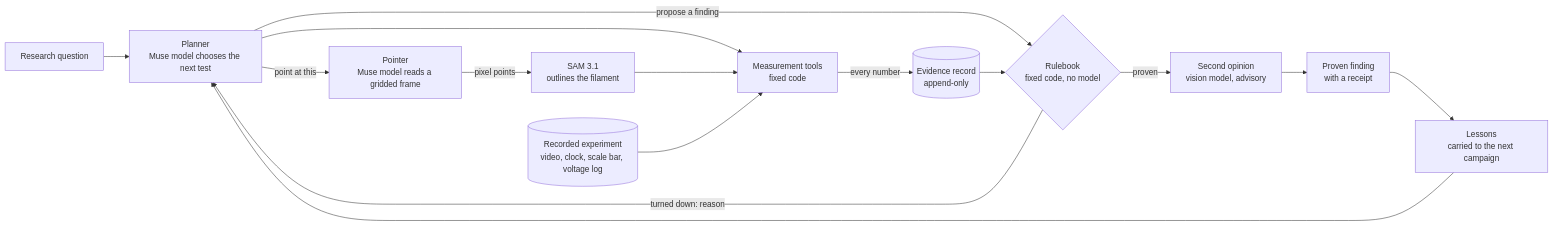
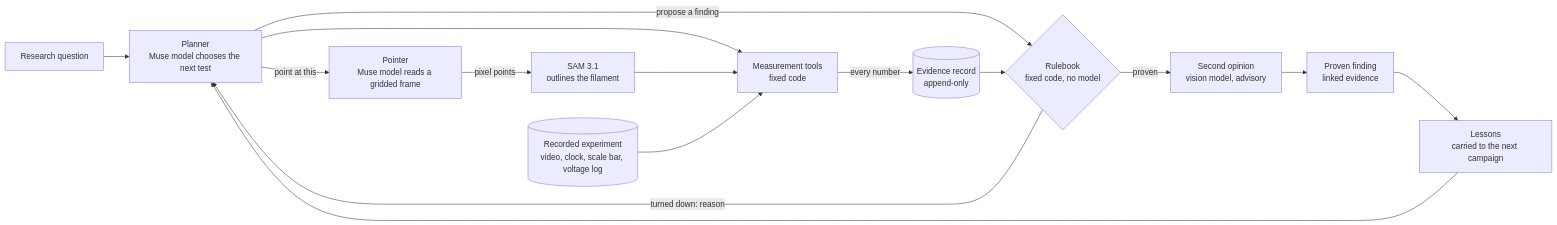
Before and after one commit to ychampion/translucent: the diagram in README.md, drawn with Mermaid. The commit also changed other lines of this file and 394 other files, not shown here.

````diff
--- a/README.md
+++ b/README.md
@@ -187,17 +259,17 @@
 ```mermaid
 flowchart LR
     Q[Research question] --> O[Planner<br/>Muse model chooses the next test]
     O -->|"point at this"| W[Pointer<br/>Muse model reads a gridded frame]
     W -->|pixel points| S[SAM 3.1<br/>outlines the filament]
     O --> T[Measurement tools<br/>fixed code]
     S --> T
     R[(Recorded experiment<br/>video, clock, scale bar, voltage log)] --> T
     T -->|every number| L[(Evidence record<br/>append-only)]
     O -->|propose a finding| G{Rulebook<br/>fixed code, no model}
     L --> G
     G -->|proven| C[Second opinion<br/>vision model, advisory]
     G -->|turned down: reason| O
-    C --> F[Proven finding<br/>with a receipt]
+    C --> F[Proven finding<br/>linked evidence]
     F --> M[Lessons<br/>carried to the next campaign]
     M --> O
 ```
````
